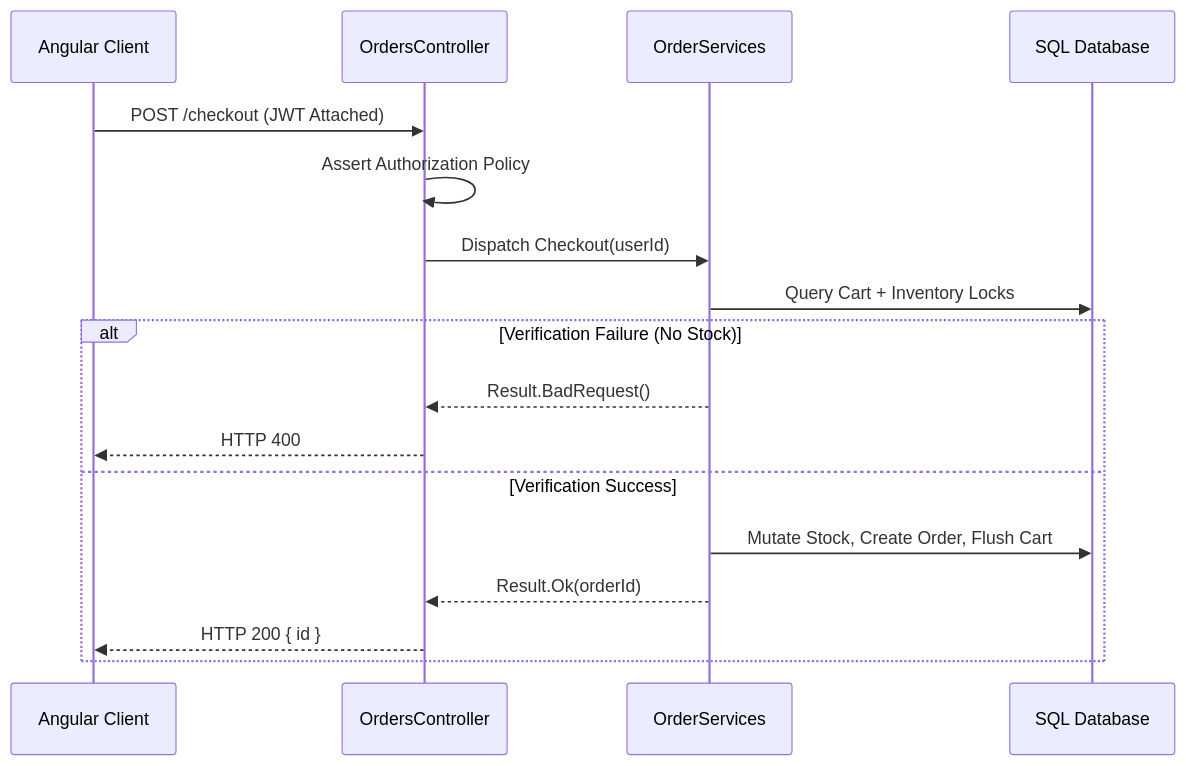
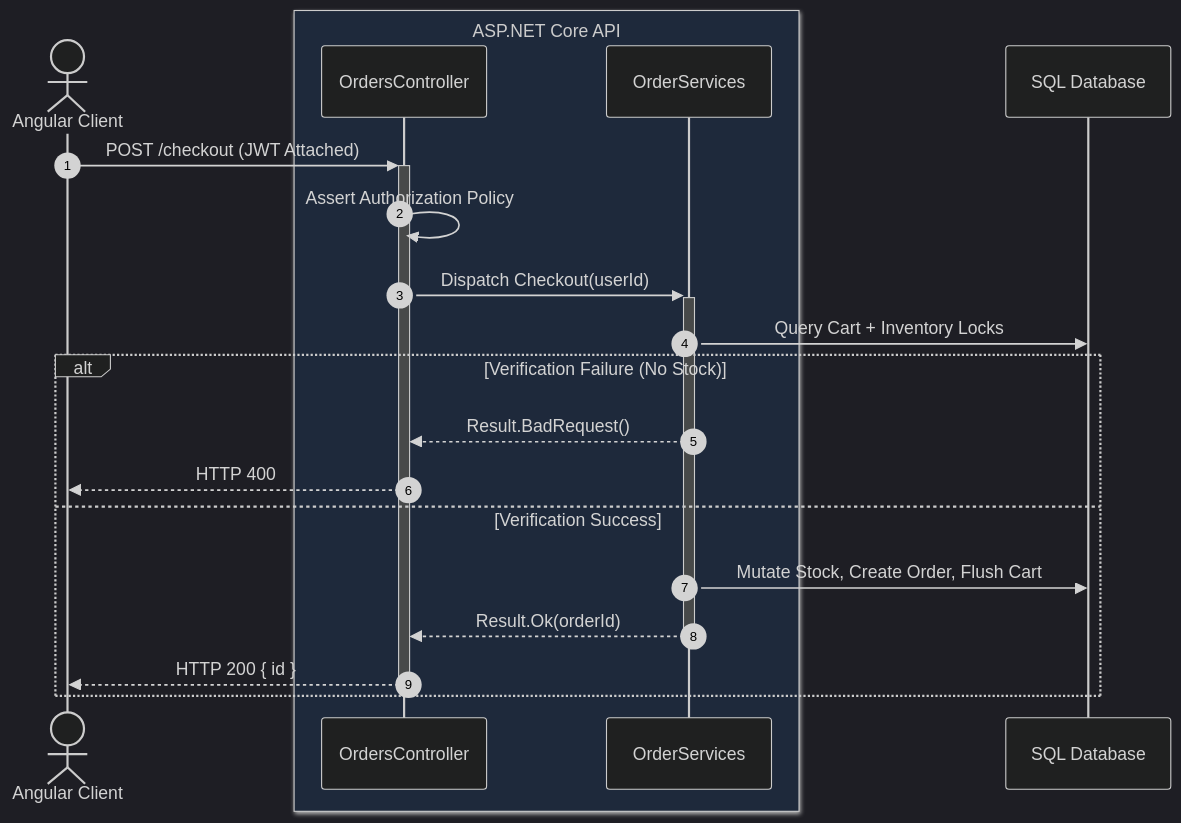
Before and after one commit to Redened/ITStepFinal: the fourth of 5 diagrams in ARCHITECTURE-C4.md, drawn with Mermaid. The commit also changed other lines of this file, not shown here.

````diff
--- a/ARCHITECTURE-C4.md
+++ b/ARCHITECTURE-C4.md
@@ -124,21 +129,25 @@
 ```mermaid
+%%{init: {'theme': 'dark'}}%%
 sequenceDiagram
-    participant SPA as Angular Client
-    participant API as OrdersController
-    participant SRV as OrderServices
+    autonumber
+    actor SPA as Angular Client
+    box rgb(30, 41, 59) ASP.NET Core API
+        participant API as OrdersController
+        participant SRV as OrderServices
+    end
     participant DB as SQL Database
 
-    SPA->>API: POST /checkout (JWT Attached)
+    SPA->>+API: POST /checkout (JWT Attached)
     API->>API: Assert Authorization Policy
-    API->>SRV: Dispatch Checkout(userId)
+    API->>+SRV: Dispatch Checkout(userId)
     SRV->>DB: Query Cart + Inventory Locks
     
     alt Verification Failure (No Stock)
         SRV-->>API: Result.BadRequest()
         API-->>SPA: HTTP 400
     else Verification Success
         SRV->>DB: Mutate Stock, Create Order, Flush Cart
-        SRV-->>API: Result.Ok(orderId)
-        API-->>SPA: HTTP 200 { id }
+        SRV-->>-API: Result.Ok(orderId)
+        API-->>-SPA: HTTP 200 { id }
     end
 ```
````
